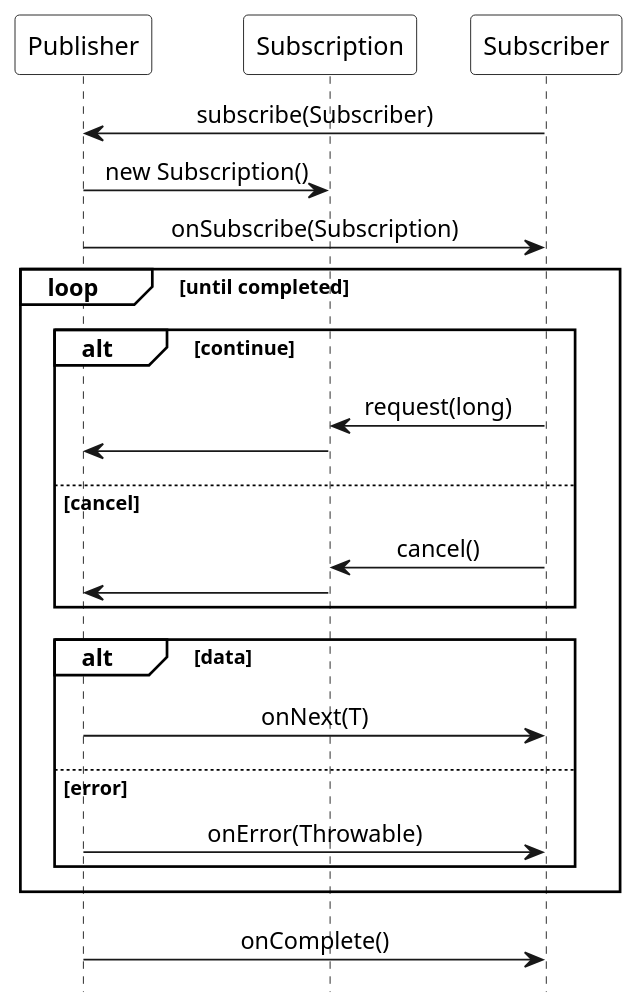
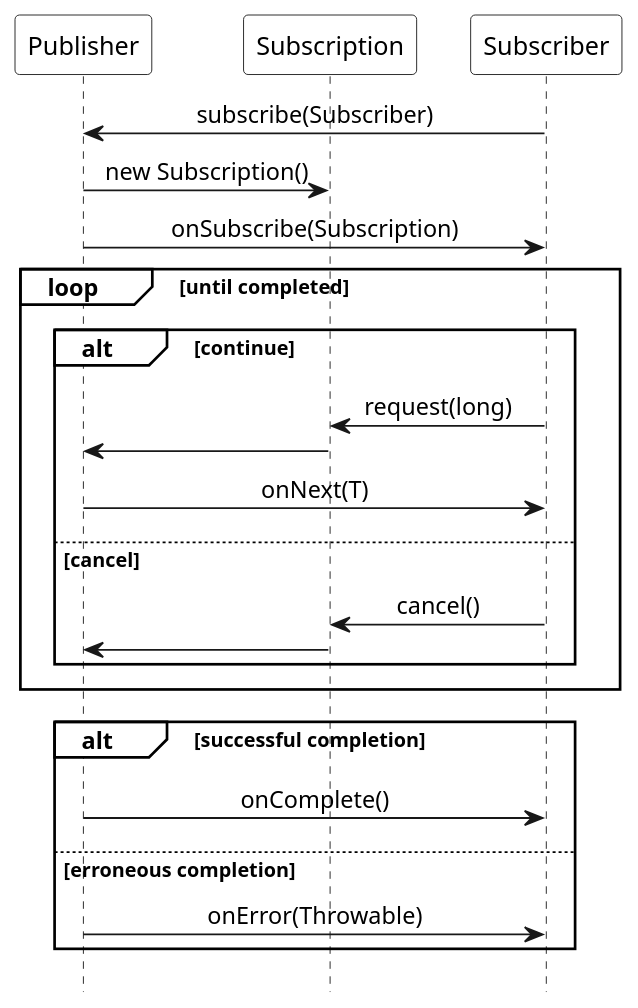
One commit to ti-cortex-m4/demo-java-reactive-streams-old changed the diagram in images/Reactive_Streams_workflow.puml. Above: the diagram before and after it, drawn with PlantUML. The commit also changed 1 other file, not shown here.

```diff
--- a/images/Reactive_Streams_workflow.puml
+++ b/images/Reactive_Streams_workflow.puml
@@ -1,42 +1,41 @@
 @startuml
 
 scale 1.2
 hide footbox
 
 !pragma teoz true
 
-skinparam participantPadding 10
 skinparam monochrome true
 skinparam defaultFontName Source Sans Pro
 skinparam sequenceMessageAlign center
 skinparam participantBackgroundColor #white
 skinparam noteBackgroundColor #white
 skinparam sequenceGroupBackgroundColor #white
+skinparam participantPadding 10
 
 participant Publisher
 participant Subscription
 participant Subscriber
 
 Subscriber -> Publisher : subscribe(Subscriber)
 Publisher -> Subscription : new Subscription()
 Publisher -> Subscriber : onSubscribe(Subscription)
 
 loop until completed
     alt continue
         Subscriber -> Subscription : request(long)
         Subscription -> Publisher
+        Publisher -> Subscriber : onNext(T)
     else cancel
         Subscriber -> Subscription : cancel()
         Subscription -> Publisher
     end
-
-    alt data
-        Publisher -> Subscriber : onNext(T)
-    else error
-        Publisher -> Subscriber : onError(Throwable)
-    end
 end
 
-Publisher -> Subscriber : onComplete()
+alt successful completion
+    Publisher -> Subscriber : onComplete()
+else erroneous completion
+    Publisher -> Subscriber : onError(Throwable)
+end
 
 @enduml
```
